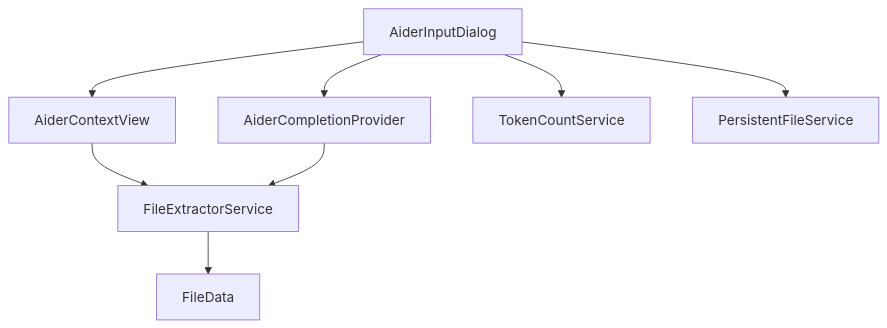
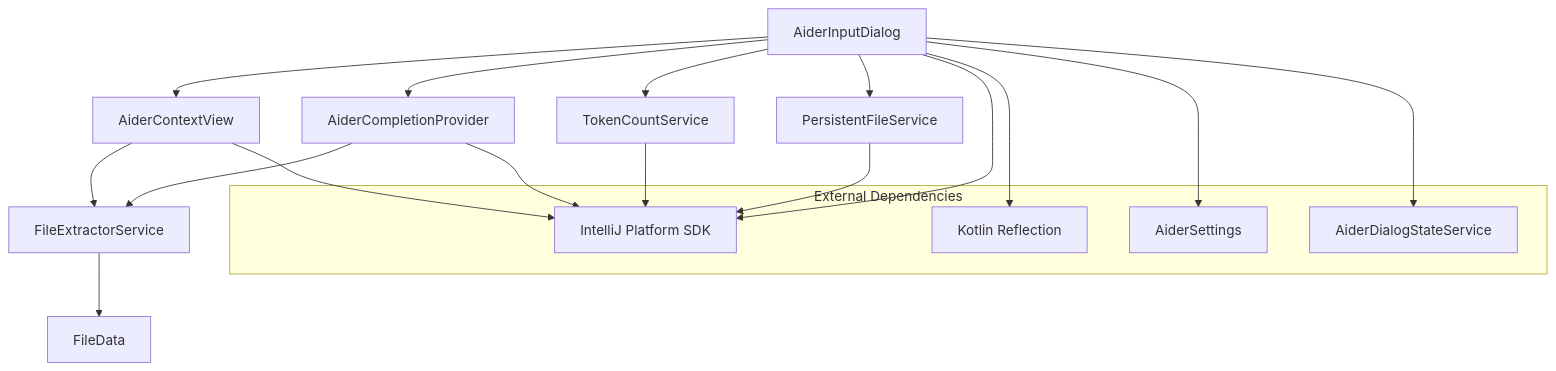
The diagram in src/main/kotlin/de/andrena/codingaider/inputdialog/inputdialog.md (p-wegner/coding-aider), drawn with Mermaid before and after one commit. The commit also changed other lines of this file, not shown here.

Commit message:
docs: Update inputdialog module documentation with enhanced architecture and features

````diff
--- a/src/main/kotlin/de/andrena/codingaider/inputdialog/inputdialog.md
+++ b/src/main/kotlin/de/andrena/codingaider/inputdialog/inputdialog.md
@@ -8,10 +8,26 @@
 ```mermaid
 graph TD
     A[AiderInputDialog] --> B[AiderContextView]
     A --> C[AiderCompletionProvider]
     A --> D[TokenCountService]
     A --> E[PersistentFileService]
     B --> F[FileExtractorService]
     C --> F
     F --> G[FileData]
+    
+    subgraph External Dependencies
+        H[IntelliJ Platform SDK]
+        I[Kotlin Reflection]
+        J[AiderSettings]
+        K[AiderDialogStateService]
+    end
+    
+    A --> H
+    A --> I
+    A --> J
+    A --> K
+    B --> H
+    C --> H
+    D --> H
+    E --> H
 ```
````
